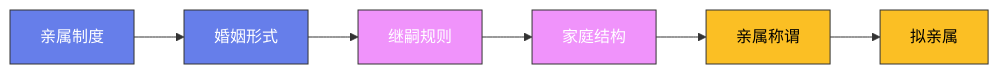
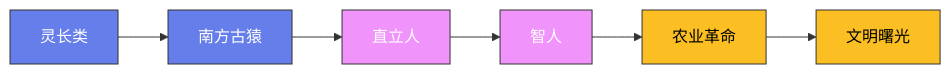
The diagram in content/posts/ModelCreate/人类学/03-进化论与人类起源.md (Fengur/Fengur.github.io), drawn with Mermaid before and after one commit. The commit also changed other lines of this file and 118 other files, not shown here.

````diff
--- a/content/posts/ModelCreate/人类学/03-进化论与人类起源.md
+++ b/content/posts/ModelCreate/人类学/03-进化论与人类起源.md
@@ -21,16 +20,16 @@
 ```mermaid
 graph LR
-    A["亲属制度"] --> B["婚姻形式"]
-    B --> C["继嗣规则"]
-    C --> D["家庭结构"]
-    D --> E["亲属称谓"]
-    E --> F["拟亲属"]
+    A["灵长类"] --> B["南方古猿"]
+    B --> C["直立人"]
+    C --> D["智人"]
+    D --> E["农业革命"]
+    E --> F["文明曙光"]
 
     classDef early fill:#667eea,stroke:#333,color:white
     classDef mid fill:#f093fb,stroke:#333,color:white
     classDef modern fill:#fbbf24,stroke:#333,color:black
 
     class A,B early
     class C,D mid
     class E,F modern
 ```
````
